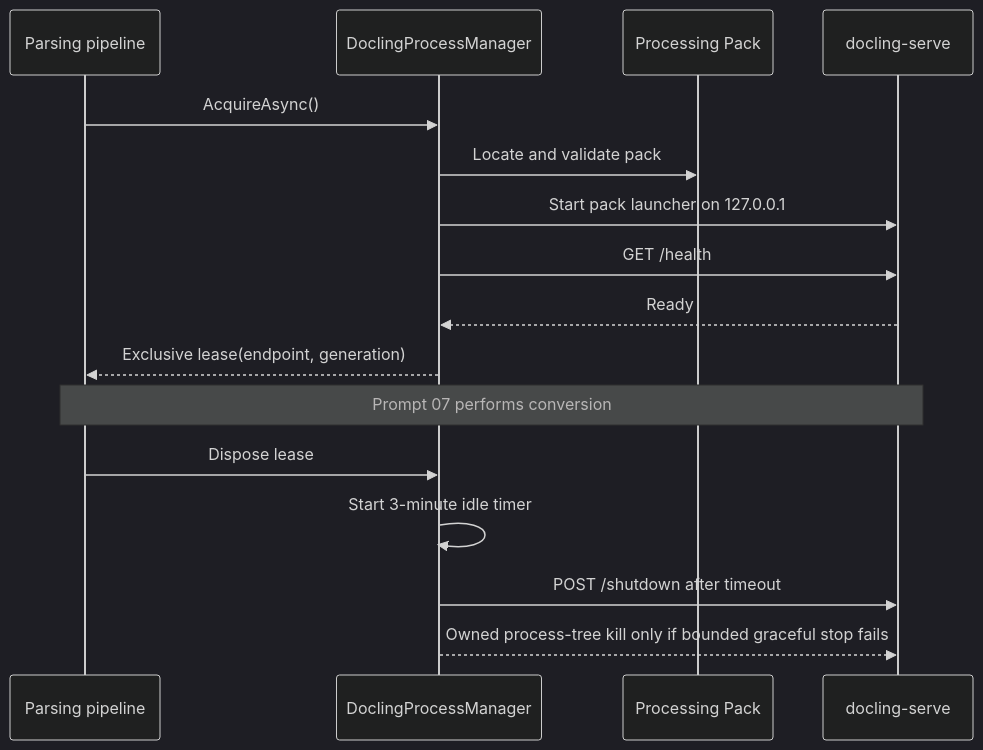
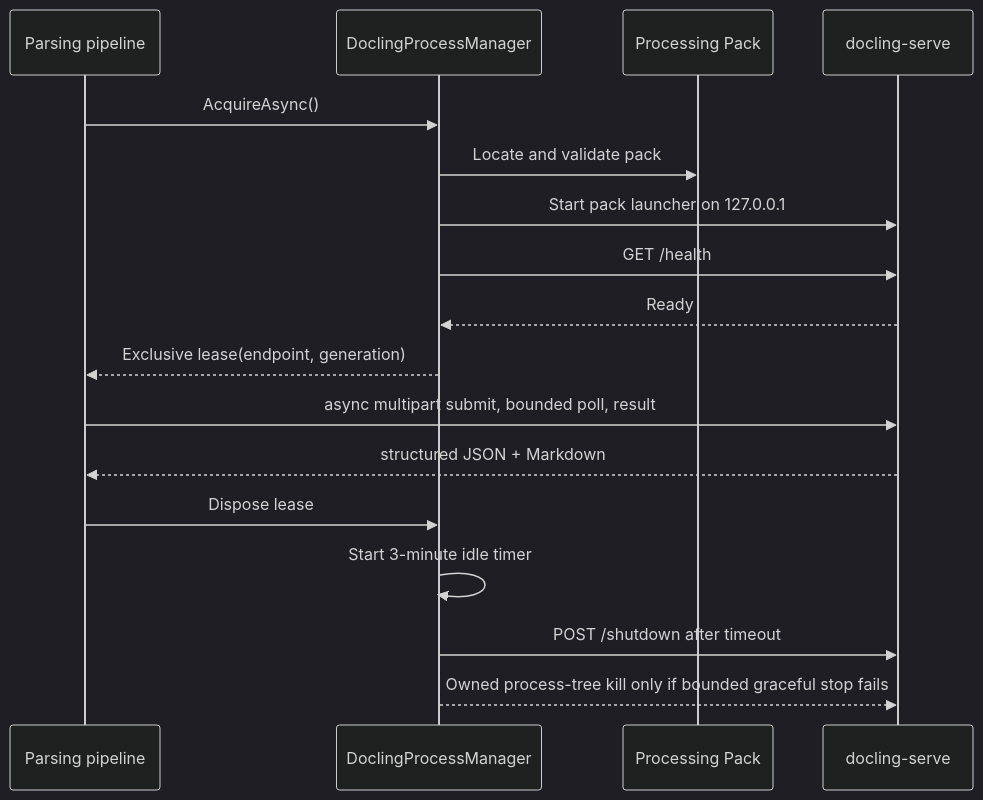
Before and after one commit to mikara89/loregrove: the second of 2 diagrams in docs/architecture/docling-supervisor.md, drawn with Mermaid (dark theme). The commit also changed other lines of this file and 46 other files, not shown here.

````diff
--- a/docs/architecture/docling-supervisor.md
+++ b/docs/architecture/docling-supervisor.md
@@ -196,21 +196,22 @@
 ```mermaid
 sequenceDiagram
     participant App as Parsing pipeline
     participant M as DoclingProcessManager
     participant P as Processing Pack
     participant D as docling-serve
 
     App->>M: AcquireAsync()
     M->>P: Locate and validate pack
     M->>D: Start pack launcher on 127.0.0.1
     M->>D: GET /health
     D-->>M: Ready
     M-->>App: Exclusive lease(endpoint, generation)
 
-    Note over App,D: Prompt 07 performs conversion
+    App->>D: async multipart submit, bounded poll, result
+    D-->>App: structured JSON + Markdown
 
     App->>M: Dispose lease
     M->>M: Start 3-minute idle timer
     M->>D: POST /shutdown after timeout
     M-->>D: Owned process-tree kill only if bounded graceful stop fails
 ```
````
